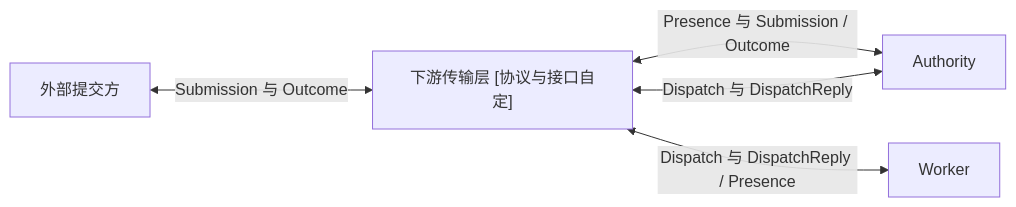
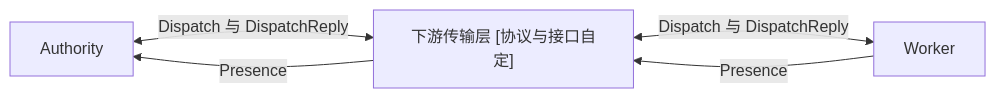
The diagram in spec/06-transport.md (Everfold/Beamlet), drawn with Mermaid before and after one commit. The commit also changed other lines of this file and 5 other files, not shown here.

Commit message:
docs(spec): remove queue wording and narrow proto/transport to Authority-Worker boundary

````diff
--- a/spec/06-transport.md
+++ b/spec/06-transport.md
@@ -8,7 +8,7 @@
 ```mermaid
 flowchart LR
-    Ext["外部提交方"] <-->|"Submission 与 Outcome"| T["下游传输层 [协议与接口自定]"]
-    T <-->|"Presence 与 Submission / Outcome"| A["Authority"]
-    A <-->|"Dispatch 与 DispatchReply"| T
-    T <-->|"Dispatch 与 DispatchReply / Presence"| W["Worker"]
+    A["Authority"] <-->|"Dispatch 与 DispatchReply"| T["下游传输层 [协议与接口自定]"]
+    T -->|"Presence"| A
+    T <-->|"Dispatch 与 DispatchReply"| W["Worker"]
+    W -->|"Presence"| T
 ```
````
